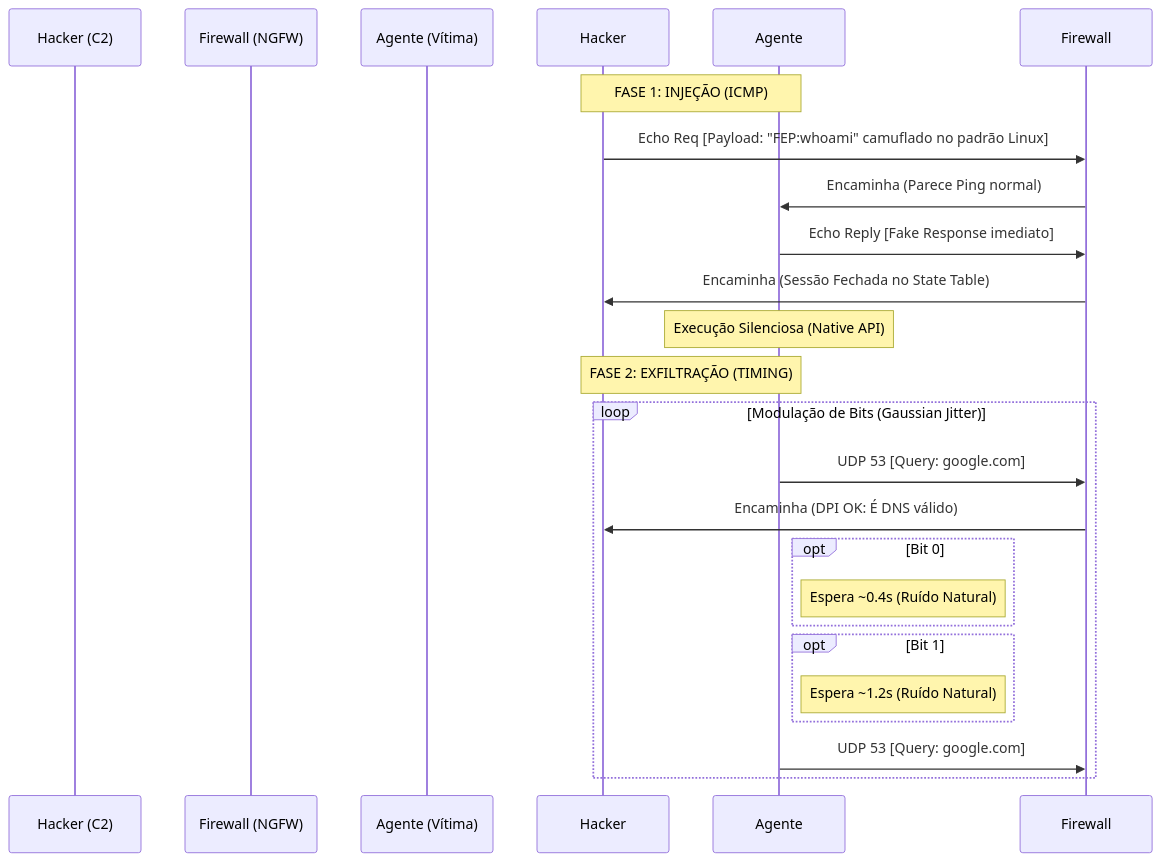
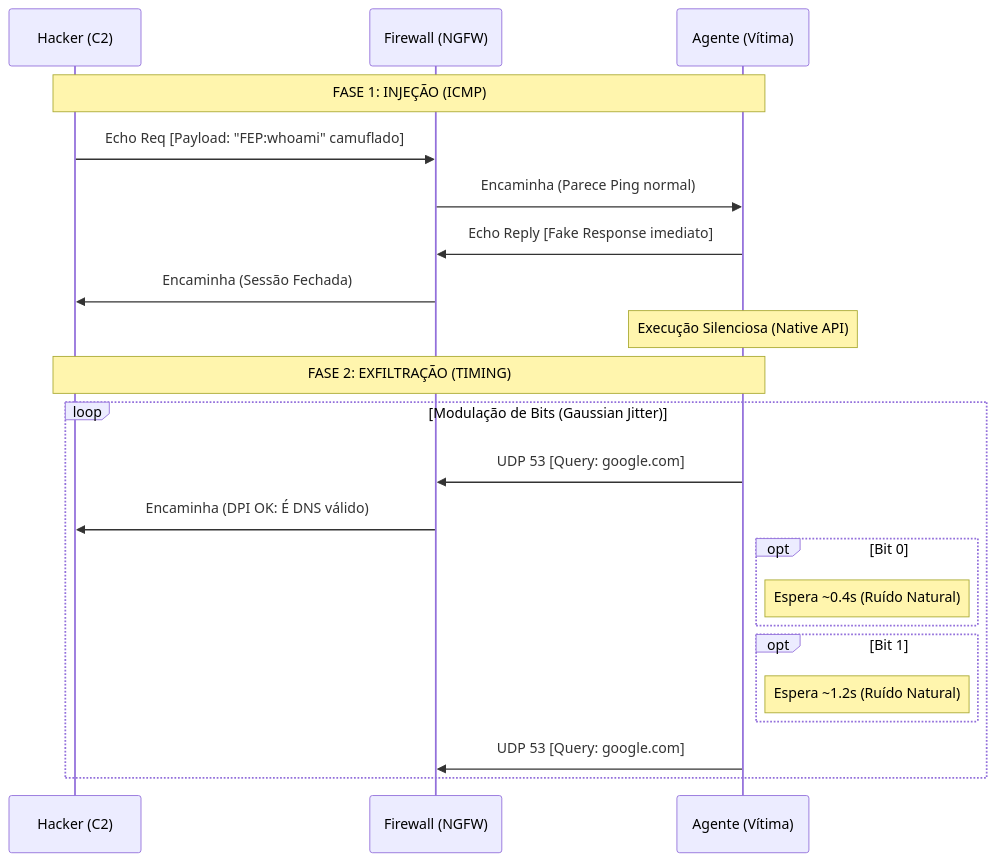
The diagram in README.md (felipeandrian/fep-c2-phantom), drawn with Mermaid before and after one commit.

````diff
--- a/README.md
+++ b/README.md
@@ -54,27 +54,27 @@
 ```mermaid
 sequenceDiagram
-    participant Hacker (C2)
-    participant Firewall (NGFW)
-    participant Agente (Vítima)
+    participant Hacker as Hacker (C2)
+    participant Firewall as Firewall (NGFW)
+    participant Agente as Agente (Vítima)
 
     Note over Hacker, Agente: FASE 1: INJEÇÃO (ICMP)
-    Hacker->>Firewall: Echo Req [Payload: "FEP:whoami" camuflado no padrão Linux]
+    Hacker->>Firewall: Echo Req [Payload: "FEP:whoami" camuflado]
     Firewall->>Agente: Encaminha (Parece Ping normal)
     Agente->>Firewall: Echo Reply [Fake Response imediato]
-    Firewall->>Hacker: Encaminha (Sessão Fechada no State Table)
+    Firewall->>Hacker: Encaminha (Sessão Fechada)
     
     Note over Agente: Execução Silenciosa (Native API)
     
     Note over Hacker, Agente: FASE 2: EXFILTRAÇÃO (TIMING)
     loop Modulação de Bits (Gaussian Jitter)
         Agente->>Firewall: UDP 53 [Query: google.com]
         Firewall->>Hacker: Encaminha (DPI OK: É DNS válido)
         opt Bit 0
             Note right of Agente: Espera ~0.4s (Ruído Natural)
         end
         opt Bit 1
             Note right of Agente: Espera ~1.2s (Ruído Natural)
         end
         Agente->>Firewall: UDP 53 [Query: google.com]
     end
 ```
````
